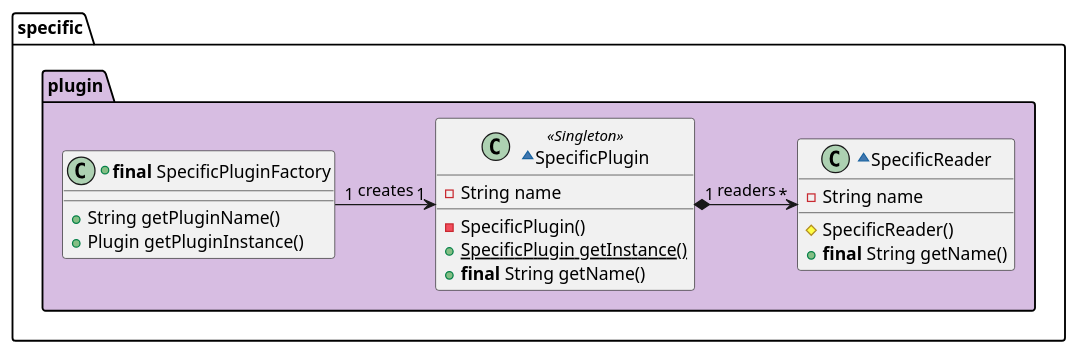
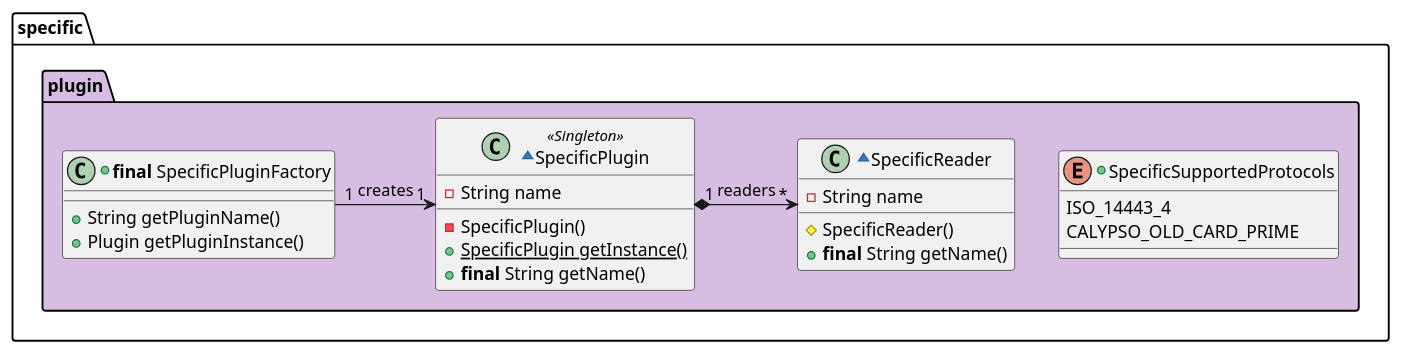
One commit to calypsonet/keyple changed the tenth of 21 diagrams in src/KeypleCoreApi/puml/KeypleCore_Reader_ClassDiag_ClassElements.iuml. Above: the diagram before and after it, drawn with PlantUML. The commit also changed other lines of this file and 4 other files, not shown here.

```diff
--- a/src/KeypleCoreApi/puml/KeypleCore_Reader_ClassDiag_ClassElements.iuml
+++ b/src/KeypleCoreApi/puml/KeypleCore_Reader_ClassDiag_ClassElements.iuml
@@ -98,25 +113,34 @@
 @startuml(id=READER_SPECIFICPLUGIN_1_0_0)
 package specific.plugin #D7BDE2 {
+  +enum SpecificSupportedProtocols {
+    ISO_14443_4
+    CALYPSO_OLD_CARD_PRIME
+  }
+
+
   +class "<b>final</b> SpecificPluginFactory" as SpecificPluginFactory {
     +String getPluginName()
     +Plugin getPluginInstance()
   }
 
   ~class SpecificPlugin << Singleton >> {
     -String name
     -SpecificPlugin()
     +{static} SpecificPlugin getInstance()
     +<b>final</b> String getName()
 '    +<b>final</b> List<SpecificReader> getReaders()
   }
 
   ~class SpecificReader {
     -String name
     #SpecificReader()
     +<b>final</b> String getName()
   }
 
+'  SpecificPluginFactory "1" --> "1" SpecificPlugin : creates
+'  SpecificPlugin "1" *--> "*" SpecificReader : readers
   SpecificPluginFactory "1" -right-> "1" SpecificPlugin : creates
   SpecificPlugin "1" *-right-> "*" SpecificReader : readers
+  SpecificSupportedProtocols -left[hidden]- SpecificReader
 }
 @enduml
```
